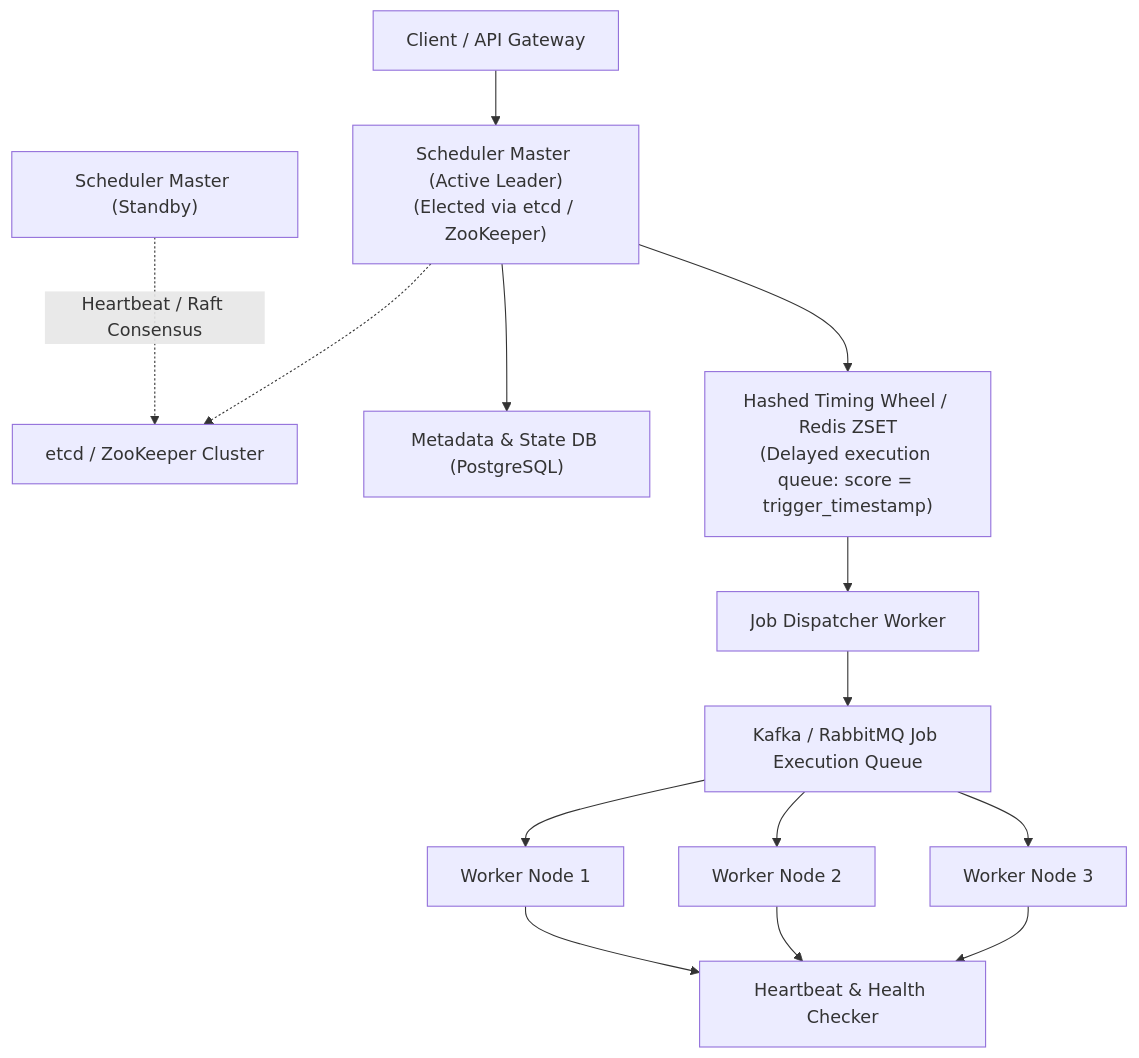
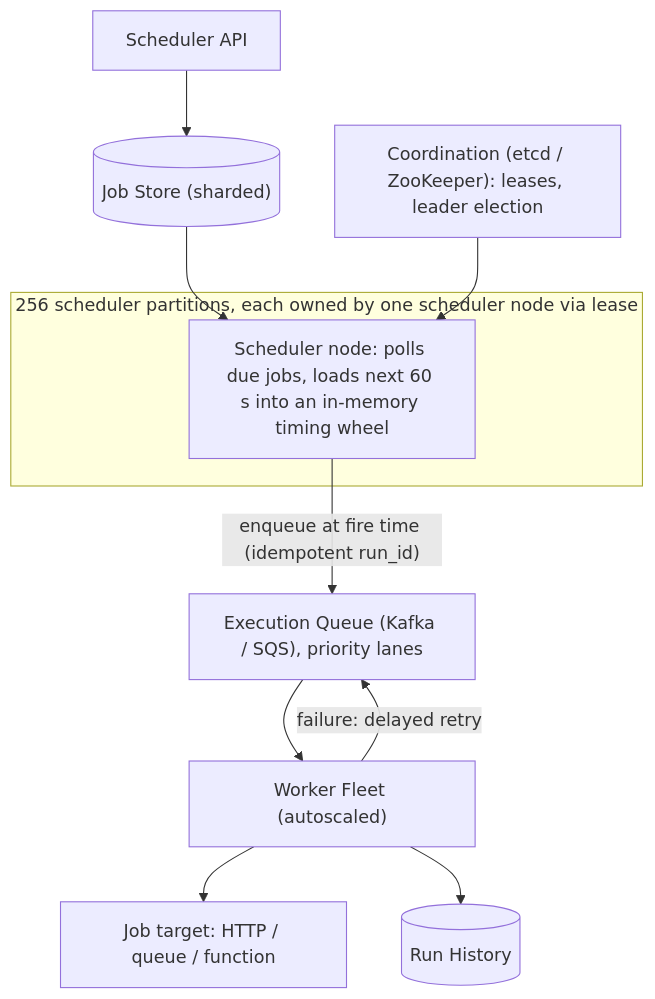
Before and after one commit to reddykarthikeya1/AI-Systems-Mastery: the diagram in 03-High-Level-Design/systems/04-distributed-task-scheduler.md, drawn with Mermaid. The commit also changed other lines of this file and 9 other files, not shown here.

Commit message:
content(hld): expand 10 case studies with estimates (runnable), API, data model, failure modes, trade-offs, interview timeline

````diff
--- a/03-High-Level-Design/systems/04-distributed-task-scheduler.md
+++ b/03-High-Level-Design/systems/04-distributed-task-scheduler.md
@@ -21,20 +46,14 @@
 ```mermaid
 flowchart TD
-    Client["Client / API Gateway"] --> SchedulerLeader["Scheduler Master (Active Leader)<br/>(Elected via etcd / ZooKeeper)"]
-    SchedulerStandby["Scheduler Master (Standby)"] -.->|Heartbeat / Raft Consensus| etcd["etcd / ZooKeeper Cluster"]
-    SchedulerLeader -.-> etcd
-    
-    SchedulerLeader --> TaskDB["Metadata & State DB (PostgreSQL)"]
-    SchedulerLeader --> DelayedWheel["Hashed Timing Wheel / Redis ZSET<br/>(Delayed execution queue: score = trigger_timestamp)"]
-    
-    DelayedWheel --> Dispatcher["Job Dispatcher Worker"]
-    Dispatcher --> KafkaMQ["Kafka / RabbitMQ Job Execution Queue"]
-    
-    KafkaMQ --> Worker1["Worker Node 1"]
-    KafkaMQ --> Worker2["Worker Node 2"]
-    KafkaMQ --> Worker3["Worker Node 3"]
-    
-    Worker1 --> HeartbeatMgr["Heartbeat & Health Checker"]
-    Worker2 --> HeartbeatMgr
-    Worker3 --> HeartbeatMgr
+    API["Scheduler API"] --> DB[("Job Store (sharded)")]
+    subgraph Partitions["256 scheduler partitions, each owned by one scheduler node via lease"]
+        Sch["Scheduler node: polls due jobs, loads next 60 s into an in-memory timing wheel"]
+    end
+    DB --> Sch
+    Coord["Coordination (etcd / ZooKeeper): leases, leader election"] --> Sch
+    Sch -->|"enqueue at fire time (idempotent run_id)"| Q["Execution Queue (Kafka / SQS), priority lanes"]
+    Q --> W["Worker Fleet (autoscaled)"]
+    W --> Tgt["Job target: HTTP / queue / function"]
+    W --> Runs[("Run History")]
+    W -->|"failure: delayed retry"| Q
 ```
````
